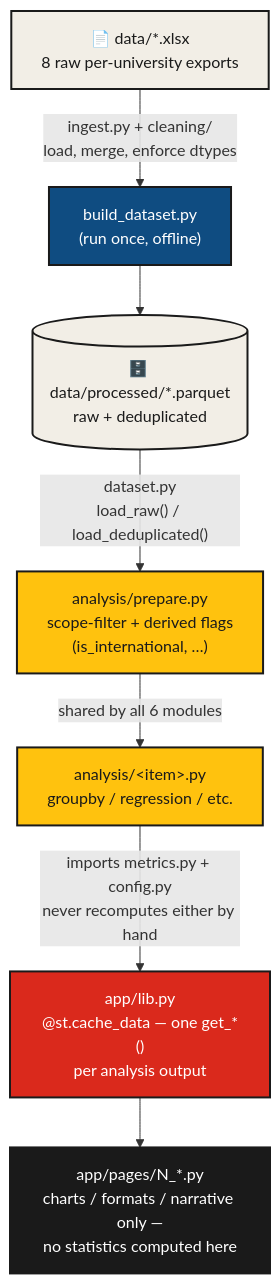
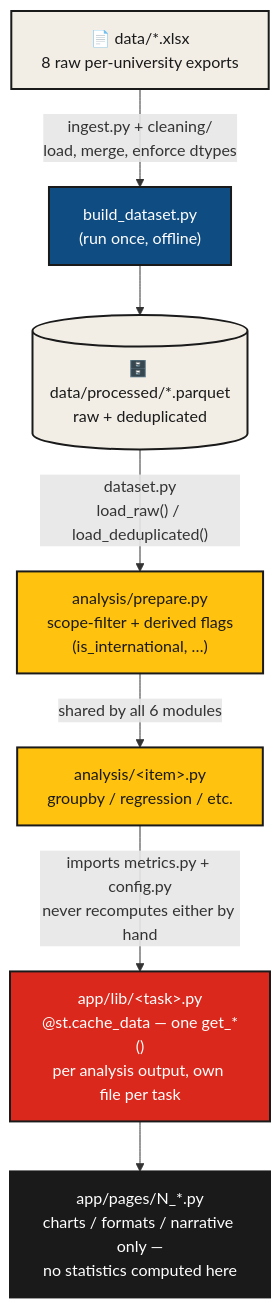
The diagram in README.md (JamesXuFan/research-impact-analysis-platform), drawn with Mermaid before and after one commit. The commit also changed other lines of this file and 17 other files, not shown here.

````diff
--- a/README.md
+++ b/README.md
@@ -177,18 +181,18 @@
 ```mermaid
 flowchart TD
     A["📄 data/*.xlsx<br/>8 raw per-university exports"]
     A -->|"ingest.py + cleaning/<br/>load, merge, enforce dtypes"| B["build_dataset.py<br/>(run once, offline)"]
     B --> C[("🗄️ data/processed/*.parquet<br/>raw + deduplicated")]
     C -->|"dataset.py<br/>load_raw() / load_deduplicated()"| D["analysis/prepare.py<br/>scope-filter + derived flags<br/>(is_international, …)"]
     D -->|"shared by all 6 modules"| E["analysis/&lt;item&gt;.py<br/>groupby / regression / etc."]
-    E -->|"imports metrics.py + config.py<br/>never recomputes either by hand"| F["app/lib.py<br/>@st.cache_data — one get_*()<br/>per analysis output"]
+    E -->|"imports metrics.py + config.py<br/>never recomputes either by hand"| F["app/lib/&lt;task&gt;.py<br/>@st.cache_data — one get_*()<br/>per analysis output, own file per task"]
     F --> G["app/pages/N_*.py<br/>charts / formats / narrative only —<br/>no statistics computed here"]
 
     style A fill:#F2EEE6,stroke:#1A1A1A,stroke-width:2px,color:#1A1A1A
     style B fill:#0F4C81,stroke:#1A1A1A,stroke-width:2px,color:#FFFFFF
     style C fill:#F2EEE6,stroke:#1A1A1A,stroke-width:2px,color:#1A1A1A
     style D fill:#FFC20E,stroke:#1A1A1A,stroke-width:2px,color:#1A1A1A
     style E fill:#FFC20E,stroke:#1A1A1A,stroke-width:2px,color:#1A1A1A
     style F fill:#DA291C,stroke:#1A1A1A,stroke-width:2px,color:#FFFFFF
     style G fill:#1A1A1A,stroke:#1A1A1A,stroke-width:2px,color:#FFFFFF
 ```
````
